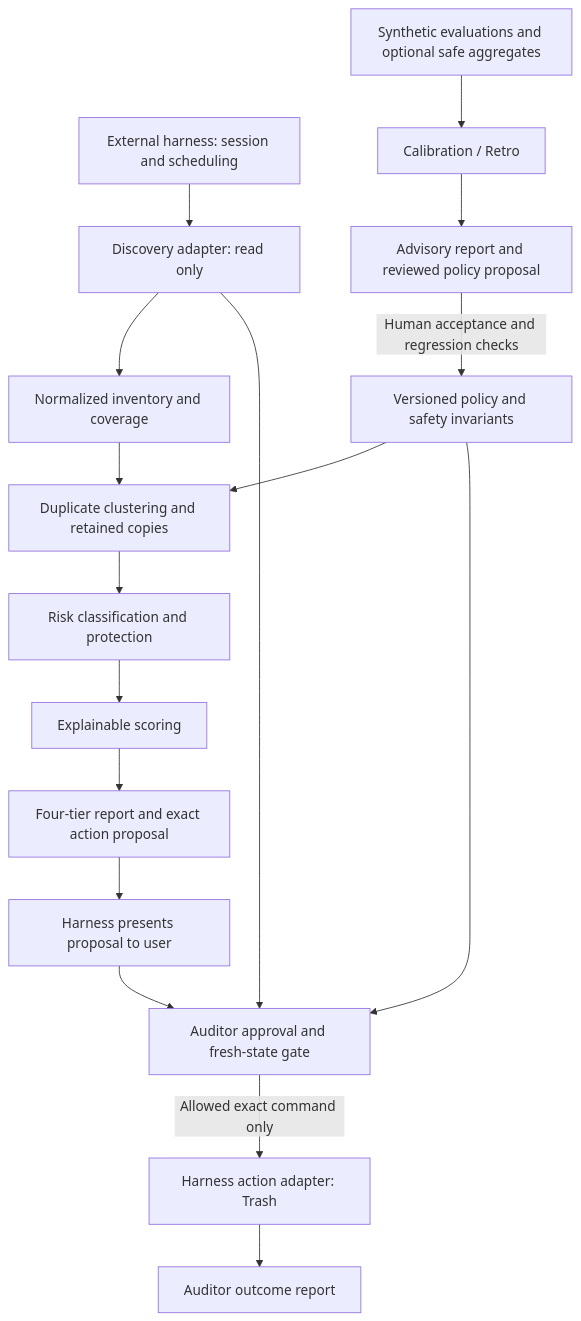
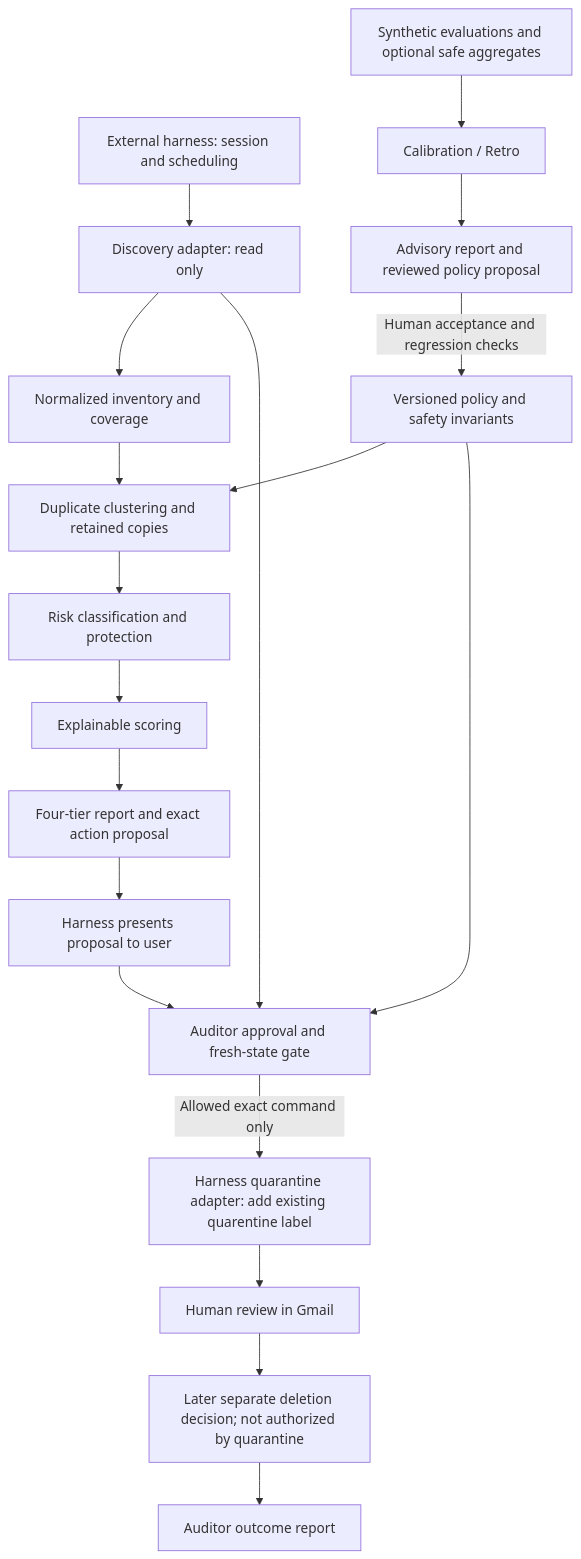
One commit to tamiro44/gmail-storage-auditor changed the diagram in docs/architecture.md. Above: the diagram before and after it, drawn with Mermaid. The commit also changed other lines of this file and 5 other files, not shown here.

First line of the commit message:
Implement #16: GSA ÔÇö Add explicit quarantine review stage before deletion (#24)

````diff
--- a/docs/architecture.md
+++ b/docs/architecture.md
@@ -57,19 +57,21 @@
 ```mermaid
 flowchart TD
     H[External harness: session and scheduling] --> D[Discovery adapter: read only]
     D --> I[Normalized inventory and coverage]
     P[Versioned policy and safety invariants] --> C[Duplicate clustering and retained copies]
     I --> C
     C --> R[Risk classification and protection]
     R --> S[Explainable scoring]
     S --> O[Four-tier report and exact action proposal]
     O --> U[Harness presents proposal to user]
     U --> G[Auditor approval and fresh-state gate]
     P --> G
     D --> G
-    G -->|Allowed exact command only| X[Harness action adapter: Trash]
+    G -->|Allowed exact command only| Q[Harness quarantine adapter: add existing quarentine label]
+    Q --> J[Human review in Gmail]
+    J --> X[Later separate deletion decision; not authorized by quarantine]
     X --> F[Auditor outcome report]
     E[Synthetic evaluations and optional safe aggregates] --> K[Calibration / Retro]
     K --> V[Advisory report and reviewed policy proposal]
     V -->|Human acceptance and regression checks| P
 ```
````
